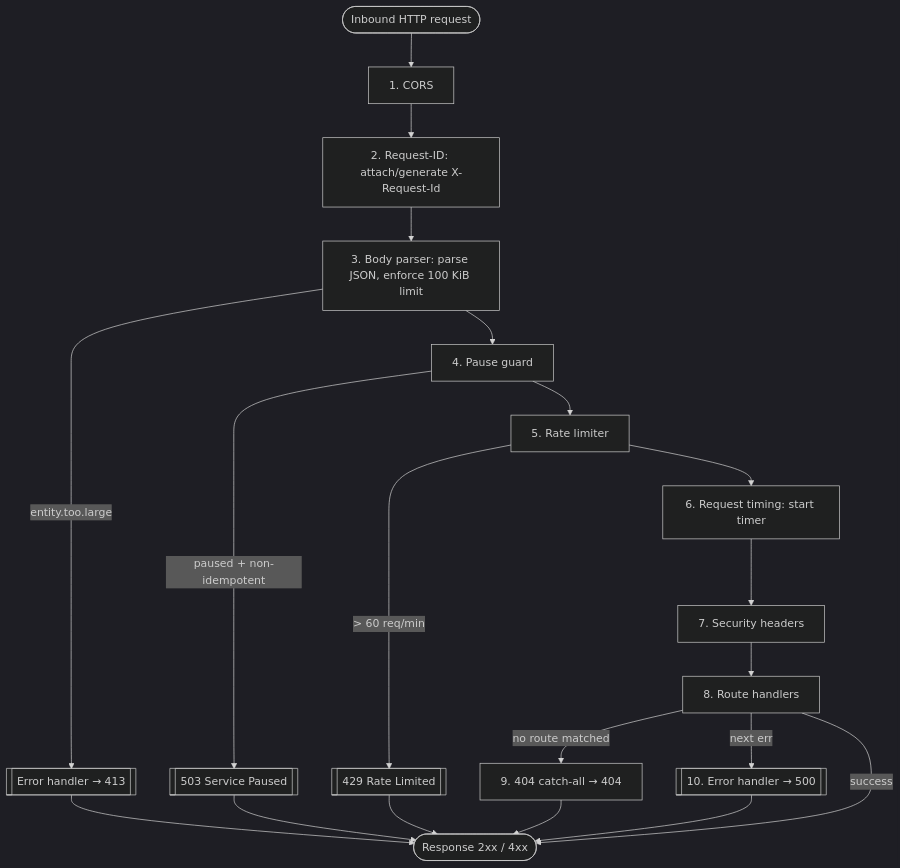
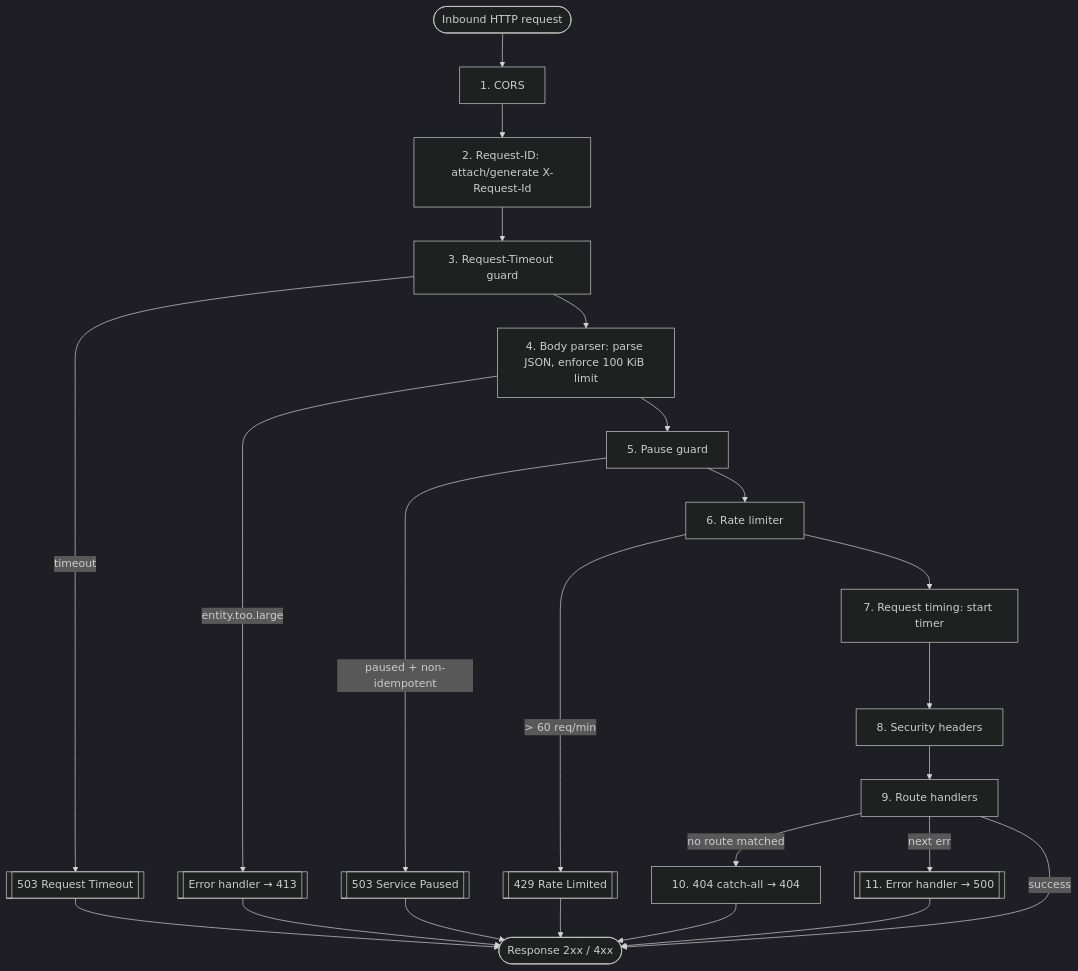
Before and after one commit to StableRoute-Org/Stableroute-backend: the diagram in docs/architecture.md, drawn with Mermaid (dark theme). The commit also changed other lines of this file and 5 other files, not shown here.

Commit message:
feat: add per-request timeout guard middleware and fix pre-existing validation issues

````diff
--- a/docs/architecture.md
+++ b/docs/architecture.md
@@ -92,22 +96,25 @@
 ```mermaid
 flowchart TD
     A([Inbound HTTP request]) --> B[1. CORS]
     B --> C[2. Request-ID: attach/generate X-Request-Id]
-    C --> D[3. Body parser: parse JSON, enforce 100 KiB limit]
+    C --> TIMEOUT[3. Request-Timeout guard]
+    TIMEOUT -->|timeout| Z0[[503 Request Timeout]]
+    TIMEOUT --> D[4. Body parser: parse JSON, enforce 100 KiB limit]
     D -->|entity.too.large| Z1[[Error handler → 413]]
-    D --> E[4. Pause guard]
+    D --> E[5. Pause guard]
     E -->|paused + non-idempotent| Z2[[503 Service Paused]]
-    E --> F[5. Rate limiter]
+    E --> F[6. Rate limiter]
     F -->|> 60 req/min| Z3[[429 Rate Limited]]
-    F --> G[6. Request timing: start timer]
-    G --> H[7. Security headers]
-    H --> I[8. Route handlers]
-    I -->|no route matched| J[9. 404 catch-all → 404]
-    I -->|next err| K[[10. Error handler → 500]]
+    F --> G[7. Request timing: start timer]
+    G --> H[8. Security headers]
+    H --> I[9. Route handlers]
+    I -->|no route matched| J[10. 404 catch-all → 404]
+    I -->|next err| K[[11. Error handler → 500]]
     I -->|success| L([Response 2xx / 4xx])
     J --> L
     K --> L
+    Z0 --> L
     Z1 --> L
     Z2 --> L
     Z3 --> L
 ```
````
